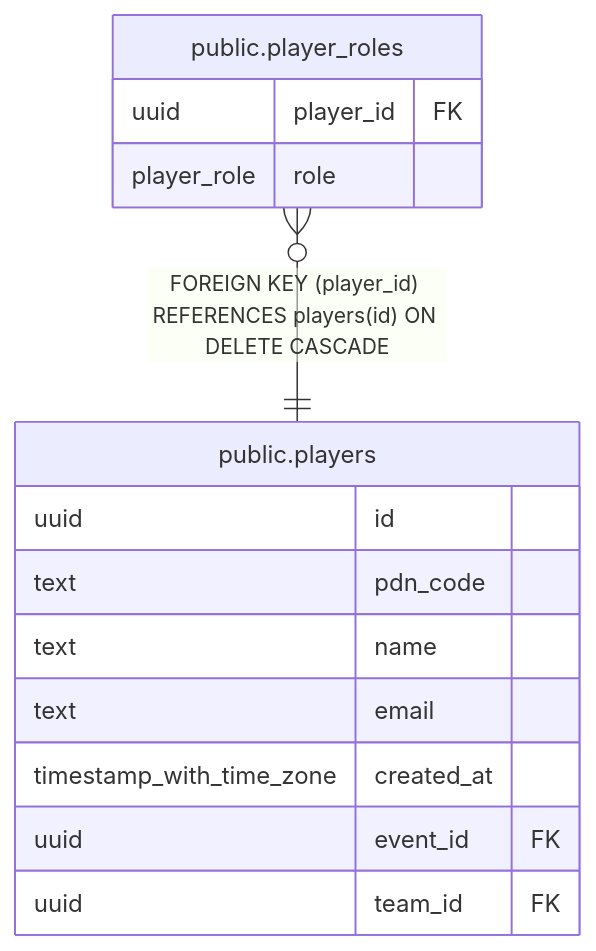
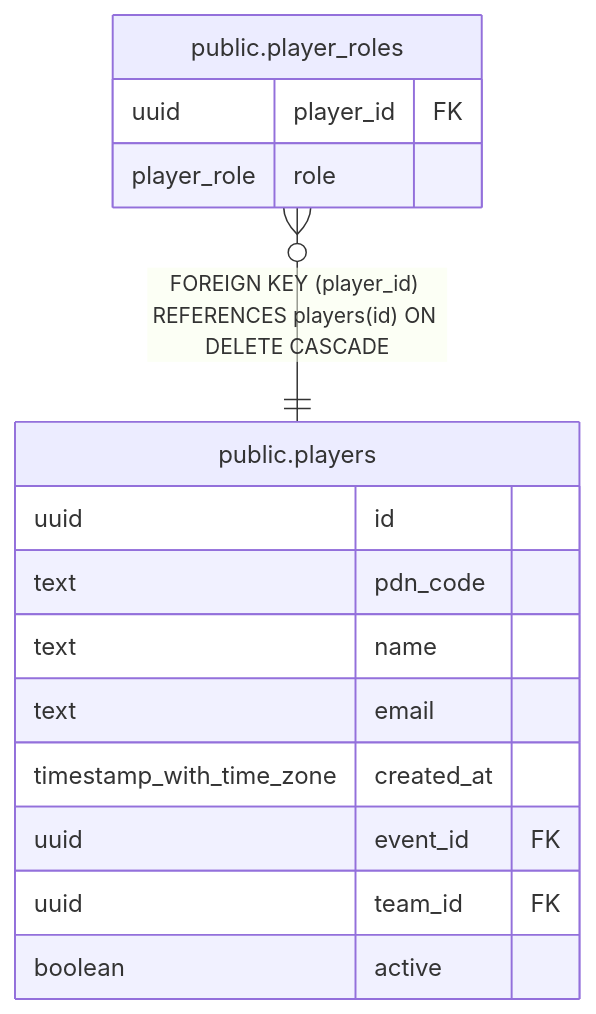
Before and after one commit to alleycatassetacquisitions/alleycat-rs: the diagram in docs/database/schema/public.player_roles.md, drawn with Mermaid. The commit also changed 34 other files, not shown here.

````diff
--- a/docs/database/schema/public.player_roles.md
+++ b/docs/database/schema/public.player_roles.md
@@ -27,19 +27,20 @@
 ```mermaid
 erDiagram
 
 "public.player_roles" }o--|| "public.players" : "FOREIGN KEY (player_id) REFERENCES players(id) ON DELETE CASCADE"
 
 "public.player_roles" {
   uuid player_id FK
   player_role role
 }
 "public.players" {
   uuid id
   text pdn_code
   text name
   text email
   timestamp_with_time_zone created_at
   uuid event_id FK
   uuid team_id FK
+  boolean active
 }
 ```
````
